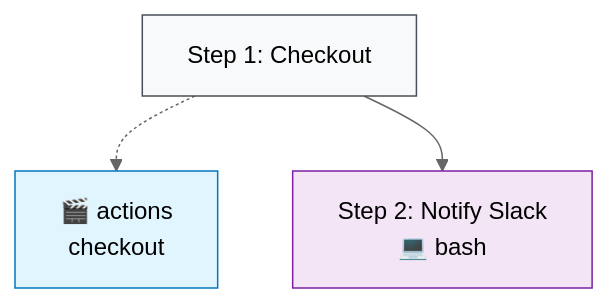
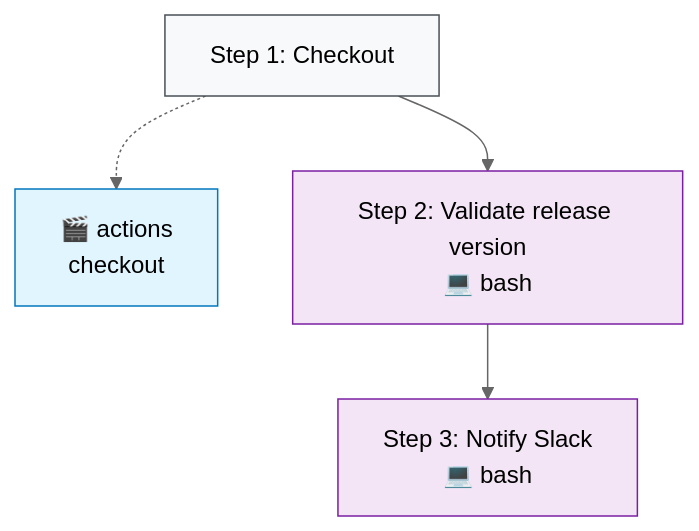
Before and after one commit to http4k/http4k: the second of 2 diagrams in .github/typeflows/new-release-slack/README.md, drawn with Mermaid (neutral theme). The commit also changed 12 other files, not shown here.

````diff
--- a/.github/typeflows/new-release-slack/README.md
+++ b/.github/typeflows/new-release-slack/README.md
@@ -22,12 +22,15 @@
 ```mermaid
 %%{init: {"flowchart": {"curve": "basis"}}}%%
 flowchart TD
     step1["Step 1: Checkout"]
     style step1 fill:#f8f9fa,stroke:#495057
     action1["🎬 actions<br/>checkout"]
     style action1 fill:#e1f5fe,stroke:#0277bd
     step1 -.-> action1
-    step2["Step 2: Notify Slack<br/>💻 bash"]
+    step2["Step 2: Validate release version<br/>💻 bash"]
     style step2 fill:#f3e5f5,stroke:#7b1fa2
     step1 --> step2
+    step3["Step 3: Notify Slack<br/>💻 bash"]
+    style step3 fill:#f3e5f5,stroke:#7b1fa2
+    step2 --> step3
 ```
````
